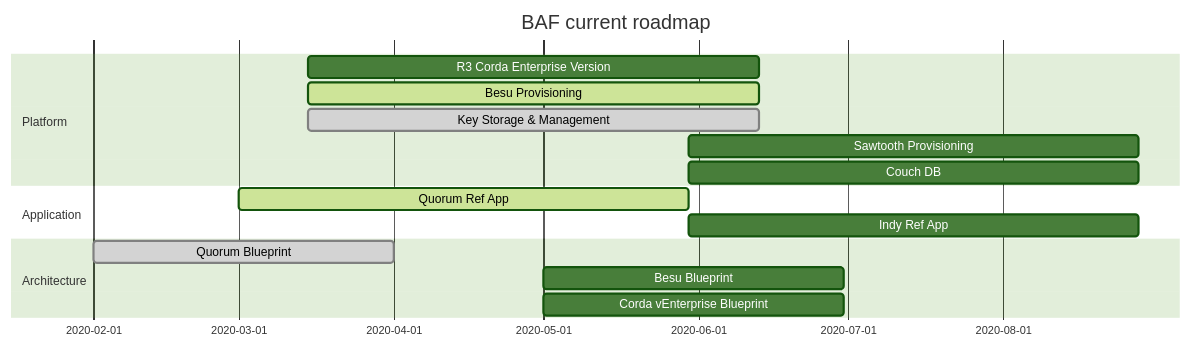
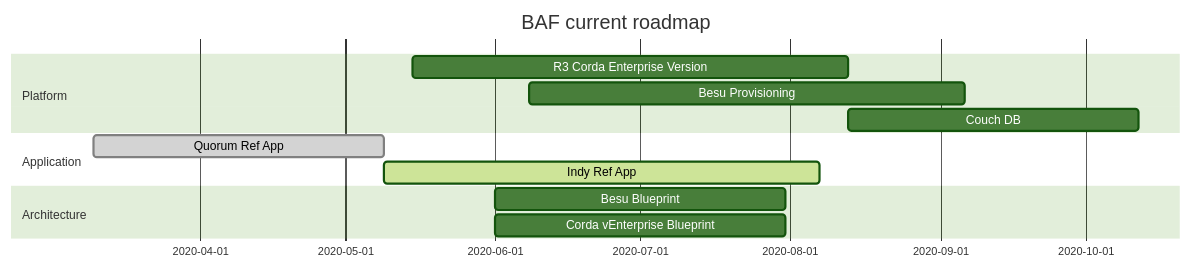
One commit to hyperledger/bevel changed the diagram in docs/source/roadmap.rst. Above: the diagram before and after it, drawn with Mermaid (forest theme).

```diff
--- a/docs/source/roadmap.rst
+++ b/docs/source/roadmap.rst
@@ -3,20 +3,17 @@
 .. mermaid::
 
    gantt
     title BAF current roadmap
     dateFormat  YY-MM-DD
     section Platform
-    R3 Corda Enterprise Version  :a1, 20-03-15  , 90d
-    Besu Provisioning       :active, a2, 20-03-15  , 90d
-    Key Storage & Management     :done, a3, 20-03-15  , 90d
-    Sawtooth Provisioning     :after b1, 90d
-    Couch DB     :after b1  , 90d
+    R3 Corda Enterprise Version  :a1, 20-05-15  , 90d
+    Besu Provisioning       :a2, 20-06-08  , 90d
+    Couch DB     :after a1  , 60d
     
     section Application
-    Quorum Ref App      :active, b1, 20-03-01, 90d
-    Indy Ref App      : after b1, 90d
+    Quorum Ref App      :done, b1, 20-03-10, 60d
+    Indy Ref App      :active, b2, after b1, 90d
     
     section Architecture
-    Quorum Blueprint      :done,c1, 20-02-01, 60d
-    Besu Blueprint      : 20-05-01, 60d
-    Corda vEnterprise Blueprint : 20-05-01, 60d
+    Besu Blueprint      : 20-06-01, 60d
+    Corda vEnterprise Blueprint : 20-06-01, 60d
```
